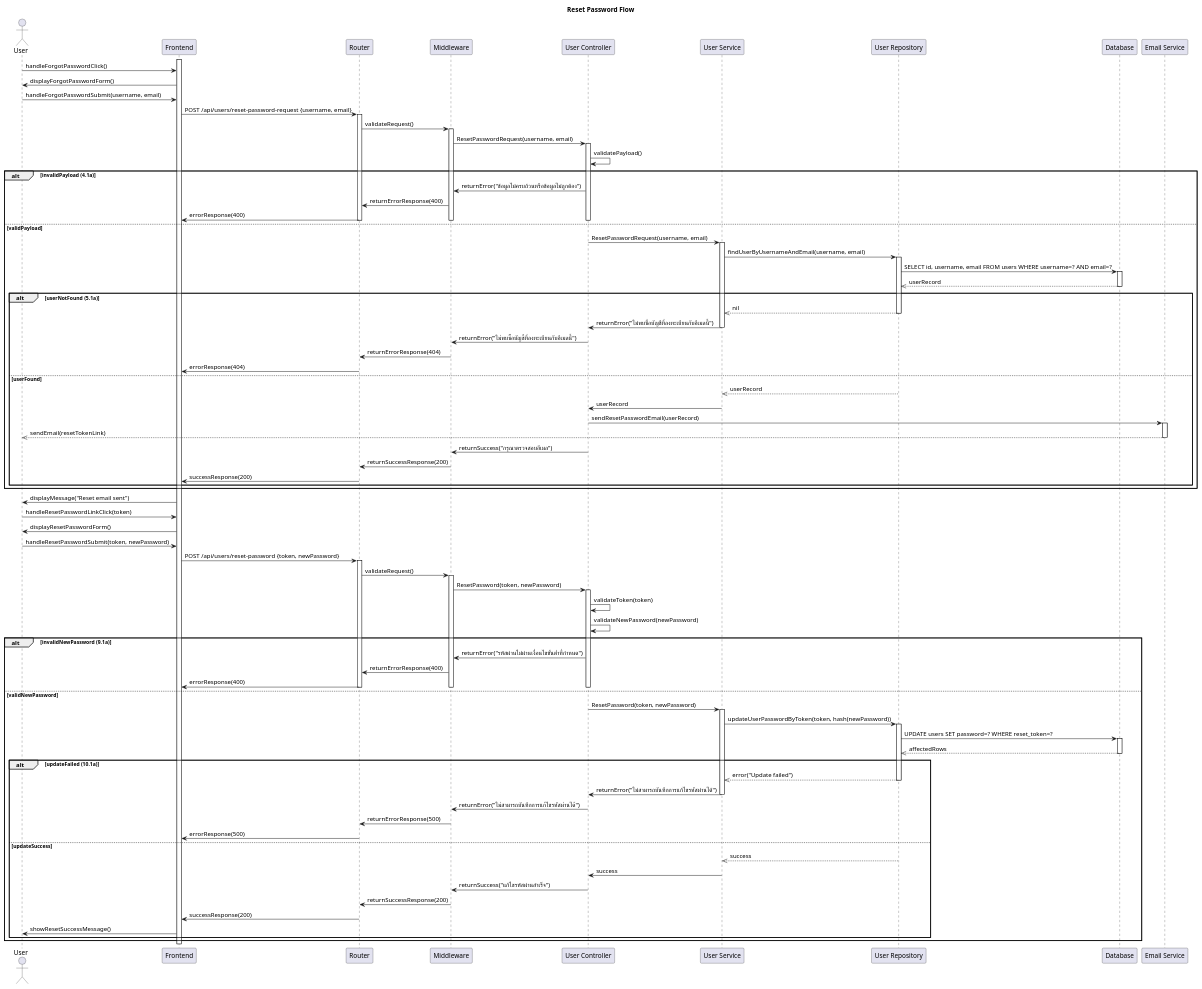
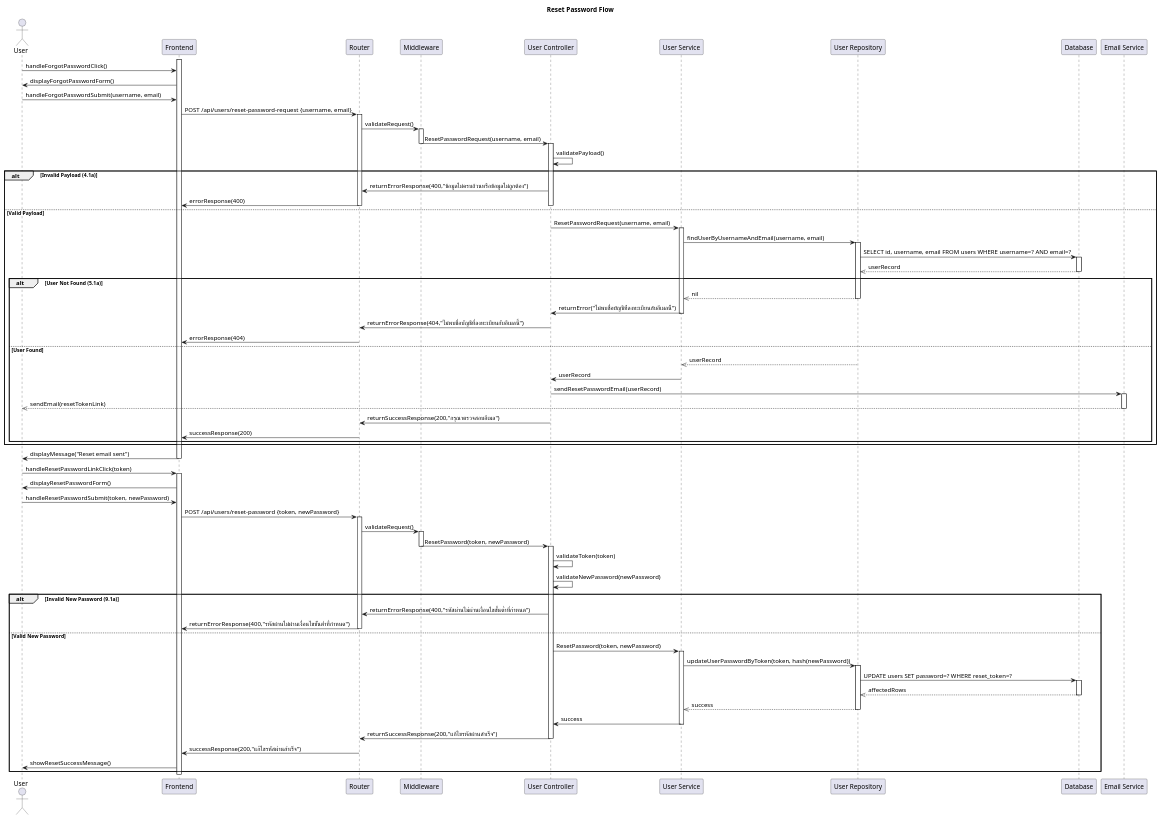
Before and after one commit to CS371-Project-Management/CS371-Sequence-Diagram: the diagram in SD-Reset-Password.puml, drawn with PlantUML. The commit also changed 4 other files, not shown here.

```diff
--- a/SD-Reset-Password.puml
+++ b/SD-Reset-Password.puml
@@ -1,131 +1,112 @@
 @startuml
 title Reset Password Flow
 
 actor User
 participant "Frontend" as FE
 participant Router
 participant "Middleware" as MW
-participant "User Controller" as AC
+participant "User Controller" as UC
 participant "User Service" as US
 participant "User Repository" as UR
 participant "Database" as DB
 participant "Email Service" as ES
 
-'Request Reset Password'
+'Phase 1: Request Reset Password'
 activate FE
 User -> FE: handleForgotPasswordClick()
 FE -> User: displayForgotPasswordForm()
-
 User -> FE: handleForgotPasswordSubmit(username, email)
 FE -> Router: POST /api/users/reset-password-request {username, email}
 activate Router
 Router -> MW: validateRequest()
 activate MW
-MW -> AC: ResetPasswordRequest(username, email)
-activate AC
-AC -> AC: validatePayload()
-alt invalidPayload (4.1a)
-    AC -> MW: returnError("ข้อมูลไม่ครบถ้วนหรือข้อมูลไม่ถูกต้อง")
-    MW -> Router: returnErrorResponse(400)
+MW -> UC: ResetPasswordRequest(username, email)
+deactivate MW
+activate UC
+UC -> UC: validatePayload()
+alt Invalid Payload (4.1a)
+    UC -> Router: returnErrorResponse(400,"ข้อมูลไม่ครบถ้วนหรือข้อมูลไม่ถูกต้อง")
     Router -> FE: errorResponse(400)
-    deactivate AC
-    deactivate MW
+    deactivate UC
     deactivate Router
-else validPayload
-    AC -> US: ResetPasswordRequest(username, email)
+else Valid Payload
+    UC -> US: ResetPasswordRequest(username, email)
     activate US
     US -> UR: findUserByUsernameAndEmail(username, email)
     activate UR
     UR -> DB: SELECT id, username, email FROM users WHERE username=? AND email=?
     activate DB
     DB -->> UR: userRecord
     deactivate DB
-    alt userNotFound (5.1a)
+    alt User Not Found (5.1a)
         UR -->> US: nil
         deactivate UR
-        US -> AC: returnError("ไม่พบชื่อบัญชีที่ลงทะเบียนกับอีเมลนี้")
+        US -> UC: returnError("ไม่พบชื่อบัญชีที่ลงทะเบียนกับอีเมลนี้")
         deactivate US
-        AC -> MW: returnError("ไม่พบชื่อบัญชีที่ลงทะเบียนกับอีเมลนี้")
-        MW -> Router: returnErrorResponse(404)
+        UC -> Router: returnErrorResponse(404,"ไม่พบชื่อบัญชีที่ลงทะเบียนกับอีเมลนี้")
         Router -> FE: errorResponse(404)
-        deactivate AC
+        deactivate UC
         deactivate MW
         deactivate Router
-    else userFound
+    else User Found
         UR -->> US: userRecord
         deactivate UR
-        US -> AC: userRecord
+        US -> UC: userRecord
         deactivate US
-        AC -> ES: sendResetPasswordEmail(userRecord)
+        UC -> ES: sendResetPasswordEmail(userRecord)
         activate ES
         ES -->> User: sendEmail(resetTokenLink)
         deactivate ES
-        AC -> MW: returnSuccess("กรุณาตรวจสอบอีเมล")
-        MW -> Router: returnSuccessResponse(200)
+        UC -> Router: returnSuccessResponse(200,"กรุณาตรวจสอบอีเมล")
         Router -> FE: successResponse(200)
-        deactivate AC
+        deactivate UC
         deactivate MW
         deactivate Router
     end
 end
 FE -> User: displayMessage("Reset email sent")
-'deactivate FE'
+deactivate FE
 
-'==== Phase 2: Execute Reset Password ====
-'activate FE'
+'Phase 2: Execute Reset Password'
 User -> FE: handleResetPasswordLinkClick(token)
+activate FE
 FE -> User: displayResetPasswordForm()
-
 User -> FE: handleResetPasswordSubmit(token, newPassword)
 FE -> Router: POST /api/users/reset-password {token, newPassword}
 activate Router
 Router -> MW: validateRequest()
 activate MW
-MW -> AC: ResetPassword(token, newPassword)
-activate AC
-AC -> AC: validateToken(token)
-AC -> AC: validateNewPassword(newPassword)
-alt invalidNewPassword (9.1a)
-    AC -> MW: returnError("รหัสผ่านไม่ผ่านเงื่อนไขขั้นต่ำที่กำหนด")
-    MW -> Router: returnErrorResponse(400)
-    Router -> FE: errorResponse(400)
-    deactivate AC
-    deactivate MW
+MW -> UC: ResetPassword(token, newPassword)
+deactivate MW
+activate UC
+UC -> UC: validateToken(token)
+UC -> UC: validateNewPassword(newPassword)
+alt Invalid New Password (9.1a)
+    UC -> Router: returnErrorResponse(400,"รหัสผ่านไม่ผ่านเงื่อนไขขั้นต่ำที่กำหนด")
+    Router -> FE: returnErrorResponse(400,"รหัสผ่านไม่ผ่านเงื่อนไขขั้นต่ำที่กำหนด")
     deactivate Router
-else validNewPassword
-    AC -> US: ResetPassword(token, newPassword)
+else Valid New Password
+    UC -> US: ResetPassword(token, newPassword)
     activate US
     US -> UR: updateUserPasswordByToken(token, hash(newPassword))
     activate UR
     UR -> DB: UPDATE users SET password=? WHERE reset_token=?
     activate DB
     DB -->> UR: affectedRows
     deactivate DB
-    alt updateFailed (10.1a)
-        UR -->> US: error("Update failed")
-        deactivate UR
-        US -> AC: returnError("ไม่สามารถบันทึกการแก้ไขรหัสผ่านได้")
-        deactivate US
-        AC -> MW: returnError("ไม่สามารถบันทึกการแก้ไขรหัสผ่านได้")
-        MW -> Router: returnErrorResponse(500)
-        Router -> FE: errorResponse(500)
-        deactivate AC
-        deactivate MW
-        deactivate Router
-    else updateSuccess
-        UR -->> US: success
-        deactivate UR
-        US -> AC: success
-        deactivate US
-        AC -> MW: returnSuccess("แก้ไขรหัสผ่านสำเร็จ")
-        MW -> Router: returnSuccessResponse(200)
-        Router -> FE: successResponse(200)
-        deactivate AC
-        deactivate MW
-        deactivate Router
-        FE -> User: showResetSuccessMessage()
-    end
+    UR -->> US: success
+    deactivate UR
+    US -> UC: success
+    deactivate US
+    UC -> Router: returnSuccessResponse(200,"แก้ไขรหัสผ่านสำเร็จ")
+    deactivate UC
+    Router -> FE: successResponse(200,"แก้ไขรหัสผ่านสำเร็จ")
+    deactivate UC
+    deactivate MW
+    deactivate Router
+    FE -> User: showResetSuccessMessage()
+
 end
 deactivate FE
 
 @enduml
```
